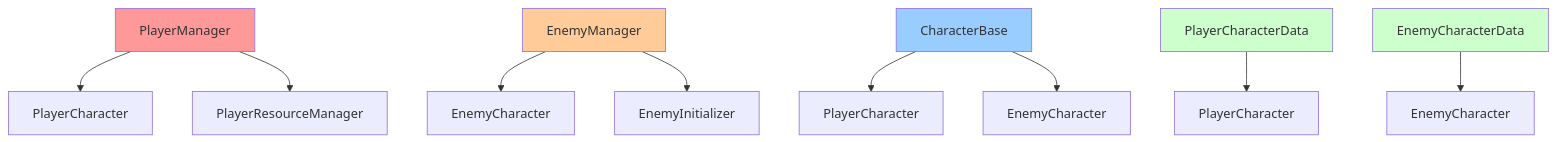
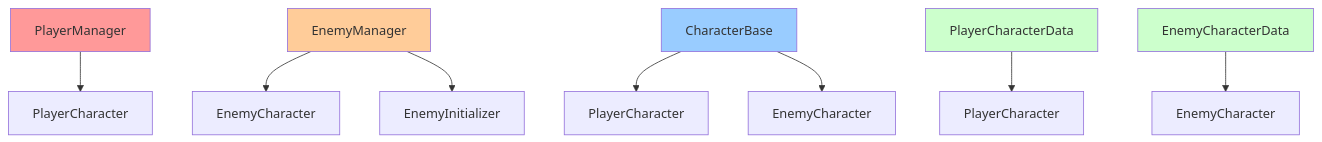
One commit to rogue-school/RougeShool changed the first of 3 diagrams in Assets/Script/CharacterSystem/CharacterSystem_개발문서.md. Above: the diagram before and after it, drawn with Mermaid. The commit also changed other lines of this file and 10 other files, not shown here.

````diff
--- a/Assets/Script/CharacterSystem/CharacterSystem_개발문서.md
+++ b/Assets/Script/CharacterSystem/CharacterSystem_개발문서.md
@@ -510,20 +464,19 @@
 ```mermaid
 graph TD
     A[PlayerManager] --> B[PlayerCharacter]
-    A --> C[PlayerResourceManager]
     
     D[EnemyManager] --> E[EnemyCharacter]
     D --> F[EnemyInitializer]
     
     G[CharacterBase] --> H[PlayerCharacter]
     G --> I[EnemyCharacter]
     
     J[PlayerCharacterData] --> K[PlayerCharacter]
     L[EnemyCharacterData] --> M[EnemyCharacter]
     
     style A fill:#ff9999
     style D fill:#ffcc99
     style G fill:#99ccff
     style J fill:#ccffcc
     style L fill:#ccffcc
 ```
````
